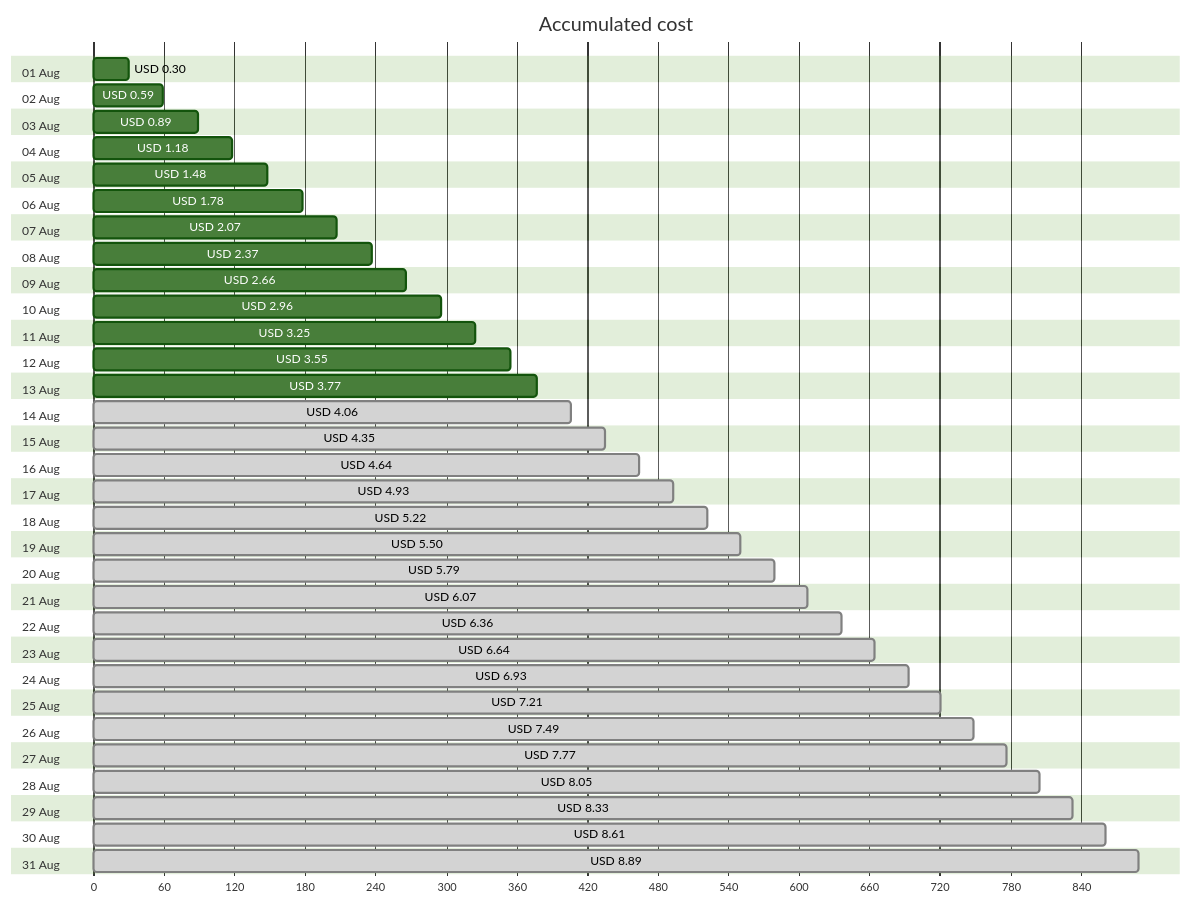
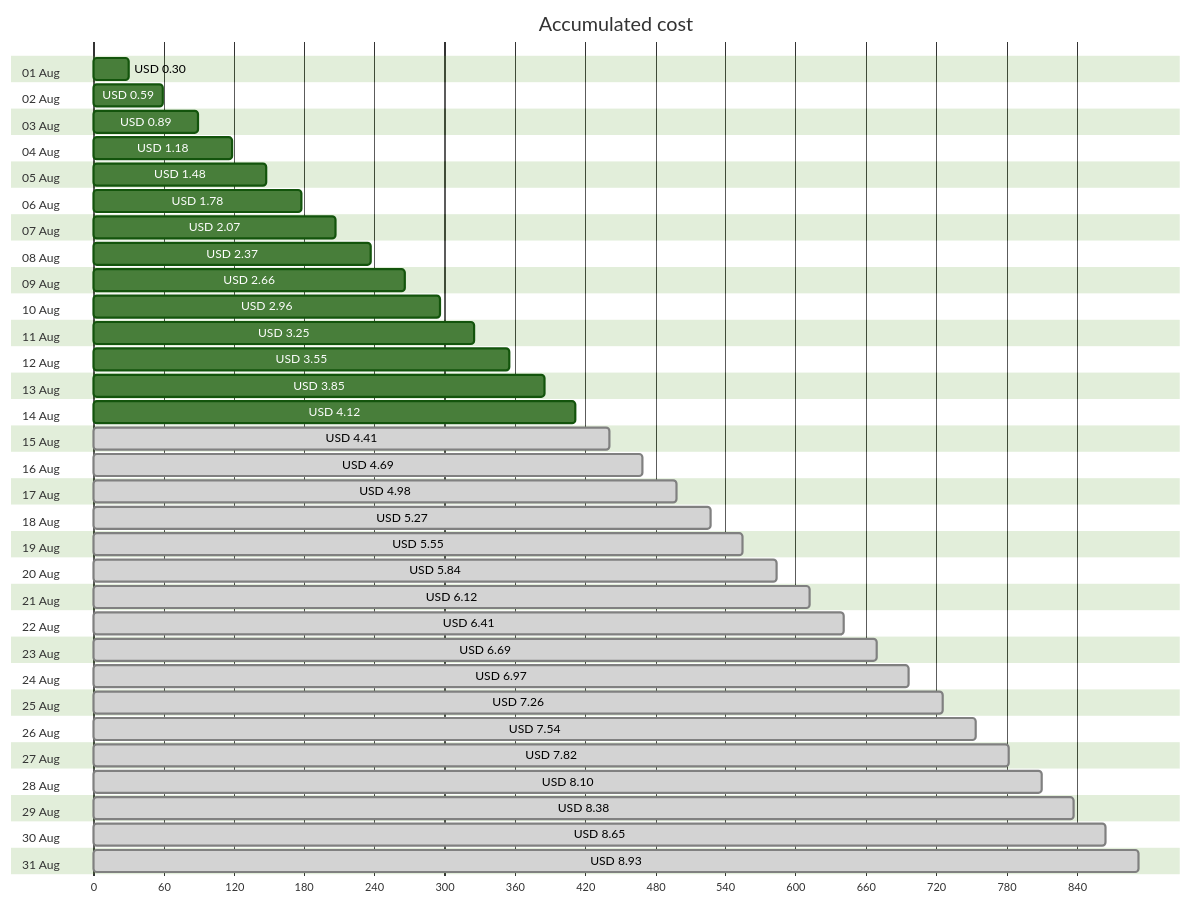
Before and after one commit to jpfulton/azure-personal-reports: the first of 4 diagrams in cost-reports/personal-site/personal-site-preview.md, drawn with Mermaid (forest theme). The commit also changed other lines of this file and 6 other files, not shown here.

````diff
--- a/cost-reports/personal-site/personal-site-preview.md
+++ b/cost-reports/personal-site/personal-site-preview.md
@@ -20,68 +20,68 @@
 ```mermaid
 gantt
    title Accumulated cost
    dateFormat  X
    axisFormat %s
    section 01 Aug
    USD 0.30 :0, 30
    section 02 Aug
    USD 0.59 :0, 59
    section 03 Aug
    USD 0.89 :0, 89
    section 04 Aug
    USD 1.18 :0, 118
    section 05 Aug
    USD 1.48 :0, 148
    section 06 Aug
    USD 1.78 :0, 178
    section 07 Aug
    USD 2.07 :0, 207
    section 08 Aug
    USD 2.37 :0, 237
    section 09 Aug
    USD 2.66 :0, 266
    section 10 Aug
    USD 2.96 :0, 296
    section 11 Aug
    USD 3.25 :0, 325
    section 12 Aug
    USD 3.55 :0, 355
    section 13 Aug
-   USD 3.77 :0, 377
+   USD 3.85 :0, 385
    section 14 Aug
-   USD 4.06 : done, 0, 406
+   USD 4.12 :0, 412
    section 15 Aug
-   USD 4.35 : done, 0, 435
+   USD 4.41 : done, 0, 441
    section 16 Aug
-   USD 4.64 : done, 0, 464
+   USD 4.69 : done, 0, 469
    section 17 Aug
-   USD 4.93 : done, 0, 493
+   USD 4.98 : done, 0, 498
    section 18 Aug
-   USD 5.22 : done, 0, 522
+   USD 5.27 : done, 0, 527
    section 19 Aug
-   USD 5.50 : done, 0, 550
+   USD 5.55 : done, 0, 555
    section 20 Aug
-   USD 5.79 : done, 0, 579
+   USD 5.84 : done, 0, 584
    section 21 Aug
-   USD 6.07 : done, 0, 607
+   USD 6.12 : done, 0, 612
    section 22 Aug
-   USD 6.36 : done, 0, 636
+   USD 6.41 : done, 0, 641
    section 23 Aug
-   USD 6.64 : done, 0, 664
+   USD 6.69 : done, 0, 669
    section 24 Aug
-   USD 6.93 : done, 0, 693
+   USD 6.97 : done, 0, 697
    section 25 Aug
-   USD 7.21 : done, 0, 721
+   USD 7.26 : done, 0, 726
    section 26 Aug
-   USD 7.49 : done, 0, 749
+   USD 7.54 : done, 0, 754
    section 27 Aug
-   USD 7.77 : done, 0, 777
+   USD 7.82 : done, 0, 782
    section 28 Aug
-   USD 8.05 : done, 0, 805
+   USD 8.10 : done, 0, 810
    section 29 Aug
-   USD 8.33 : done, 0, 833
+   USD 8.38 : done, 0, 838
    section 30 Aug
-   USD 8.61 : done, 0, 861
+   USD 8.65 : done, 0, 865
    section 31 Aug
-   USD 8.89 : done, 0, 889
+   USD 8.93 : done, 0, 893
 ```
````
